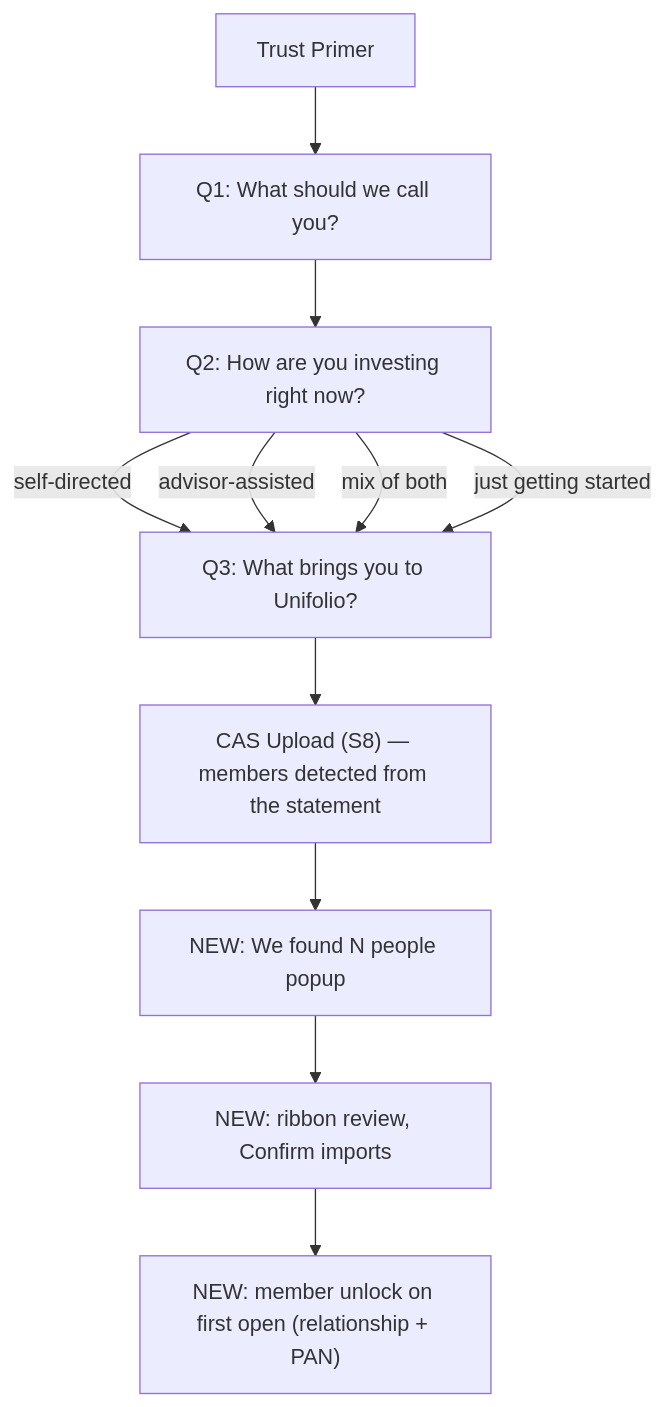
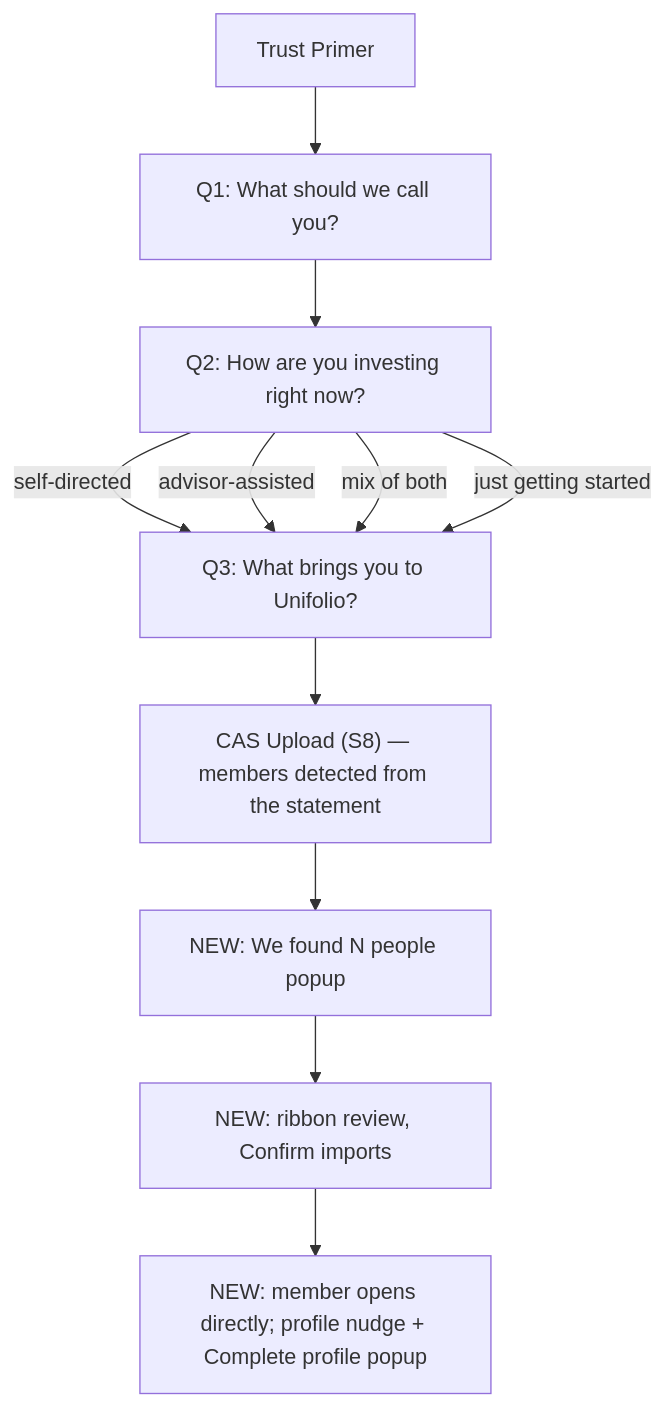
The second of 4 diagrams in Docs/PRDs/App-Flow-Unifolio.md (ayushkarnawat/MVP_V1_MF_only), drawn with Mermaid before and after one commit. The commit also changed other lines of this file and 11 other files, not shown here.

Commit message:
docs: update PRDs, schema docs, session logs, and deployment guides

````diff
--- a/Docs/PRDs/App-Flow-Unifolio.md
+++ b/Docs/PRDs/App-Flow-Unifolio.md
@@ -108,13 +108,13 @@
 ```mermaid
 %% Expands S2-S8/S24-S26 with the exact branching logic from PRD-02
 flowchart TD
     T["Trust Primer"] --> Q1["Q1: What should we call you?"]
     Q1 --> Q2["Q2: How are you investing right now?"]
     Q2 -- "self-directed" --> Q3
     Q2 -- "advisor-assisted" --> Q3
     Q2 -- "mix of both" --> Q3
     Q2 -- "just getting started" --> Q3["Q3: What brings you to Unifolio?"]
     Q3 --> Import["CAS Upload (S8) — members detected from the statement"]
     Import --> People["NEW: We found N people popup"] --> Ribbons["NEW: ribbon review, Confirm imports"]
-    Ribbons --> Unlock["NEW: member unlock on first open (relationship + PAN)"]
+    Ribbons --> Unlock["NEW: member opens directly; profile nudge + Complete profile popup"]
 ```
````
